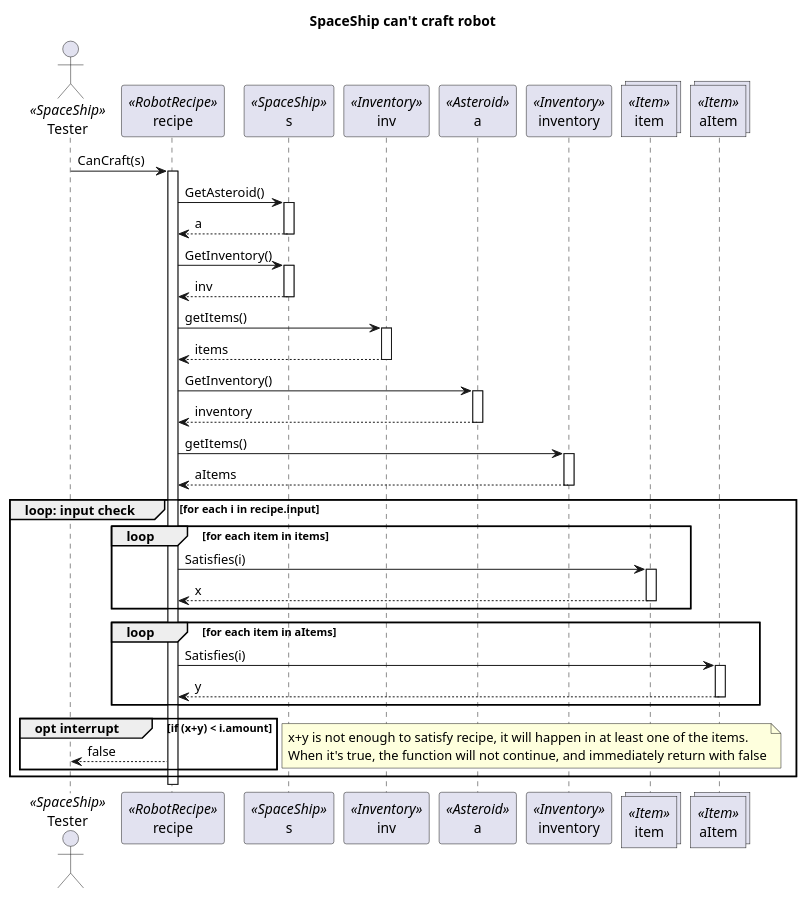
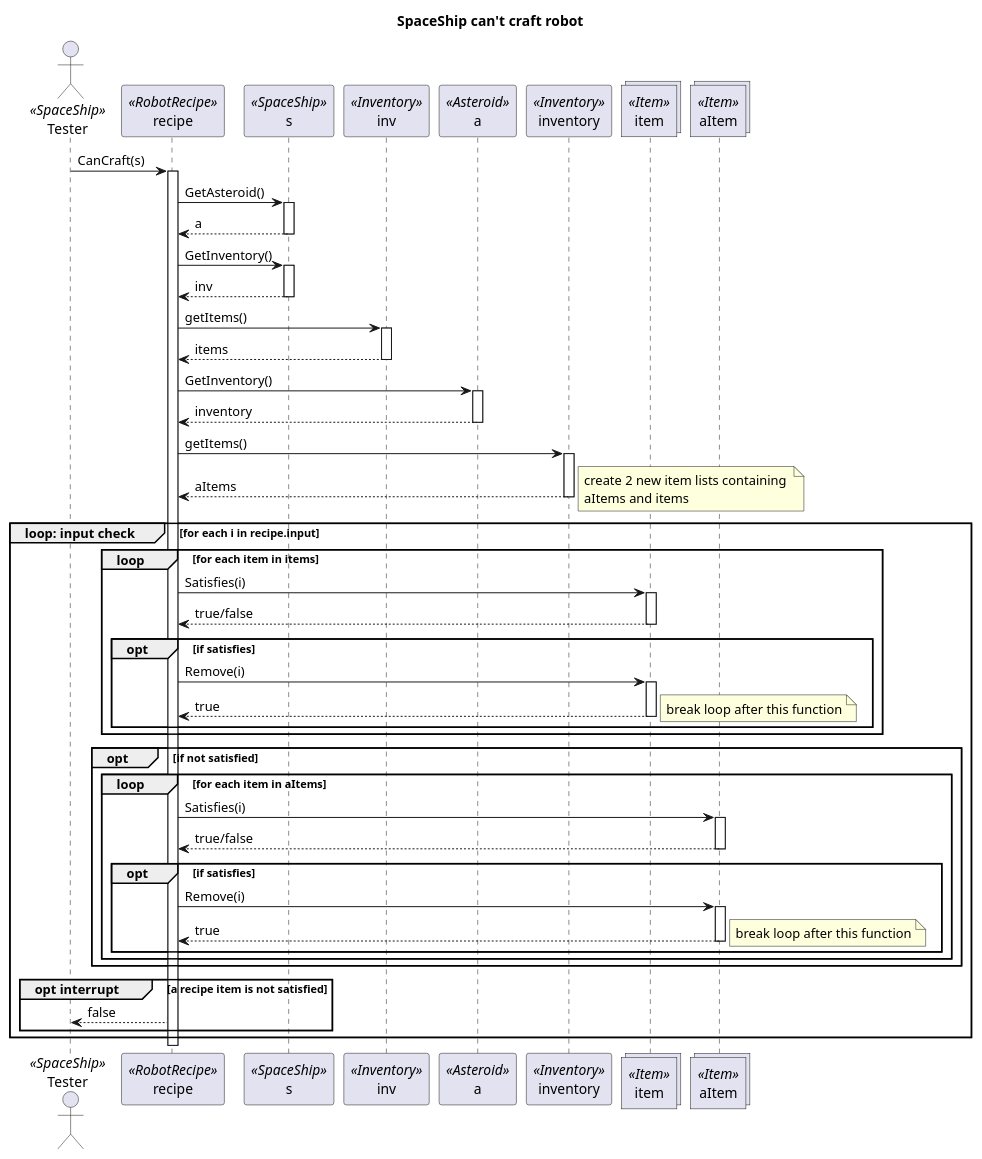
Before and after one commit to viseguard-studios/Documentation: the diagram in docs/bead07/Diagrams/CraftRobot/5.Not_possible_to_craft_robot.puml, drawn with PlantUML. The commit also changed 6 other files, not shown here.

```diff
--- a/docs/bead07/Diagrams/CraftRobot/5.Not_possible_to_craft_robot.puml
+++ b/docs/bead07/Diagrams/CraftRobot/5.Not_possible_to_craft_robot.puml
@@ -1,53 +1,75 @@
 @startuml
 actor Tester as Tester <<SpaceShip>>
 participant recipe as recipe <<RobotRecipe>>
 participant s as s <<SpaceShip>>
 participant inv as inv <<Inventory>>
 participant a as a <<Asteroid>>
 participant inventory as inventory <<Inventory>>
 collections item as item <<Item>>
 collections aItem as aItem <<Item>>
 
 title SpaceShip can't craft robot
 
 Tester-> recipe++: CanCraft(s)
 recipe -> s++: GetAsteroid()
 
 s --> recipe--: a
 recipe -> s++: GetInventory()
 
 s --> recipe--: inv
 
 recipe -> inv++: getItems()
 inv --> recipe--: items
 
 recipe -> a++: GetInventory()
 a --> recipe--: inventory
 
 recipe -> inventory++: getItems()
 inventory --> recipe--: aItems
 
+note right
+create 2 new item lists containing 
+aItems and items 
+end note
+
 group loop: input check[for each i in recipe.input]
 
     group loop [for each item in items]
         recipe -> item++: Satisfies(i)
-        item --> recipe--: x
+        item --> recipe--: true/false
+        opt if satisfies
+        recipe -> item++: Remove(i)
+        item --> recipe--: true
+
+        note right
+        break loop after this function
+        end note
+
+        end
     end
 
-    group loop [for each item in aItems]
-        recipe -> aItem++: Satisfies(i)
-        aItem --> recipe--: y
+    opt if not satisfied
+            group loop [for each item in aItems]
+            recipe -> aItem++: Satisfies(i)
+            aItem --> recipe--: true/false
+                opt if satisfies
+                recipe -> aItem++: Remove(i)
+                aItem --> recipe--: true
+
+                note right
+                break loop after this function
+                end note
+
+                end
+            end
     end
 
-    group opt interrupt [if (x+y) < i.amount]
+    group opt interrupt [a recipe item is not satisfied]
         recipe --> Tester: false
     end
-    note right
-    x+y is not enough to satisfy recipe, it will happen in at least one of the items. 
-    When it's true, the function will not continue, and immediately return with false
-    end note
+
 end
  
 
 
 @enduml
```
